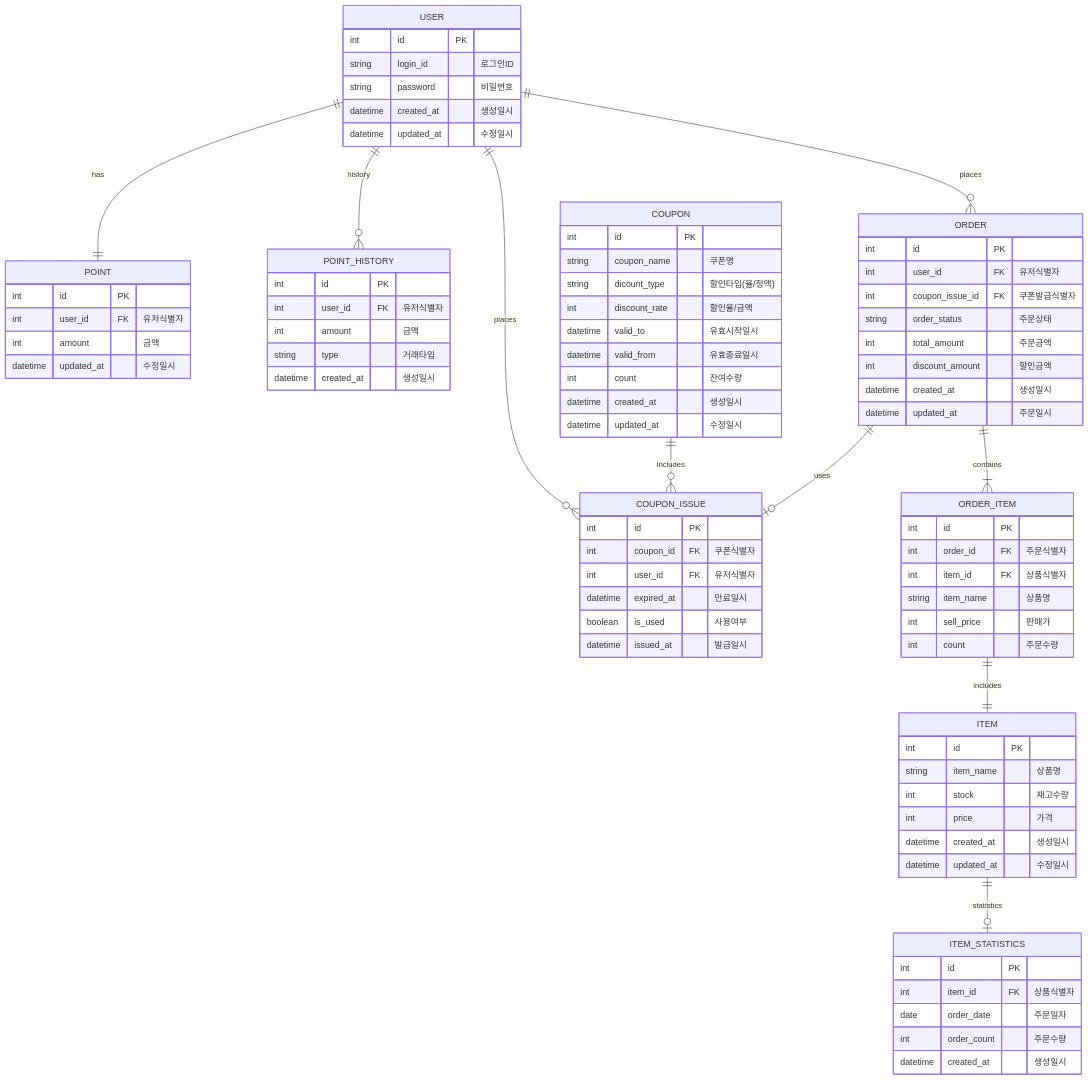
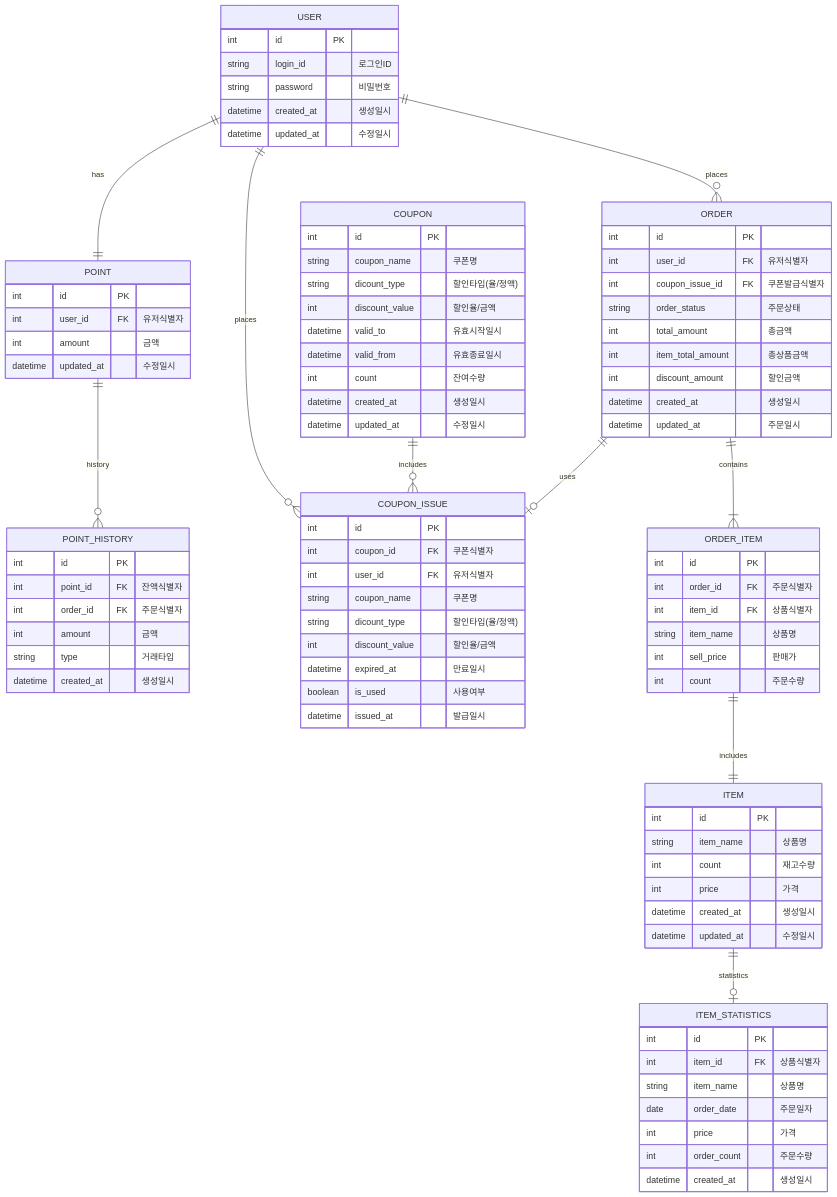
The diagram in docs/erd.md (joona95/hhplus-ecommerce), drawn with Mermaid before and after one commit.

Commit message:
docs: ERD 구조 변경
- 포인트 내역을 포인트와 연관관계 형성
- 포인트 사용 시 주문정보 저장하도록 수정
- 쿠폰 발급 시 스냅샷 정보 추가
- 인기 상품 통계 저장 시 스냅샷 정보 추가

````diff
--- a/docs/erd.md
+++ b/docs/erd.md
@@ -3,7 +3,7 @@
 ```mermaid
 erDiagram
     USER ||--|| POINT : has
-    USER ||--o{ POINT_HISTORY : history
+    POINT ||--o{ POINT_HISTORY : history
     USER ||--o{ COUPON_ISSUE : places
     USER ||--o{ ORDER : places
     COUPON ||--o{ COUPON_ISSUE : includes
@@ -29,7 +29,8 @@
 
 POINT_HISTORY {
     int id PK
-    int user_id FK "유저식별자"
+    int point_id FK "잔액식별자"
+    int order_id FK "주문식별자"
     int amount "금액"
     string type "거래타입"
     datetime created_at "생성일시"
@@ -39,7 +40,7 @@
     int id PK 
     string coupon_name "쿠폰명"
     string dicount_type "할인타입(율/정액)"
-    int discount_rate "할인율/금액"
+    int discount_value "할인율/금액"
     datetime valid_to "유효시작일시"
     datetime valid_from "유효종료일시"
     int count "잔여수량"
@@ -51,6 +52,9 @@
     int id PK
     int coupon_id FK "쿠폰식별자"
     int user_id FK "유저식별자"
+    string coupon_name "쿠폰명"
+    string dicount_type "할인타입(율/정액)"
+    int discount_value "할인율/금액"
     datetime expired_at "만료일시"
     boolean is_used "사용여부"
     datetime issued_at "발급일시"
@@ -61,7 +65,8 @@
     int user_id FK "유저식별자"
     int coupon_issue_id FK "쿠폰발급식별자"
     string order_status "주문상태"
-    int total_amount "주문금액"
+    int total_amount "총금액"
+    int item_total_amount "총상품금액"
     int discount_amount "할인금액"
     datetime created_at "생성일시"
     datetime updated_at "주문일시"
@@ -79,7 +84,7 @@
 ITEM {
     int id PK
     string item_name "상품명"
-    int stock "재고수량"
+    int count "재고수량"
     int price "가격"
     datetime created_at "생성일시"
     datetime updated_at "수정일시"
@@ -88,7 +93,9 @@
 ITEM_STATISTICS {
     int id PK
     int item_id FK "상품식별자"
+    string item_name "상품명"
     date order_date "주문일자"
+    int price "가격"
     int order_count "주문수량"
     datetime created_at "생성일시"
 }
````
